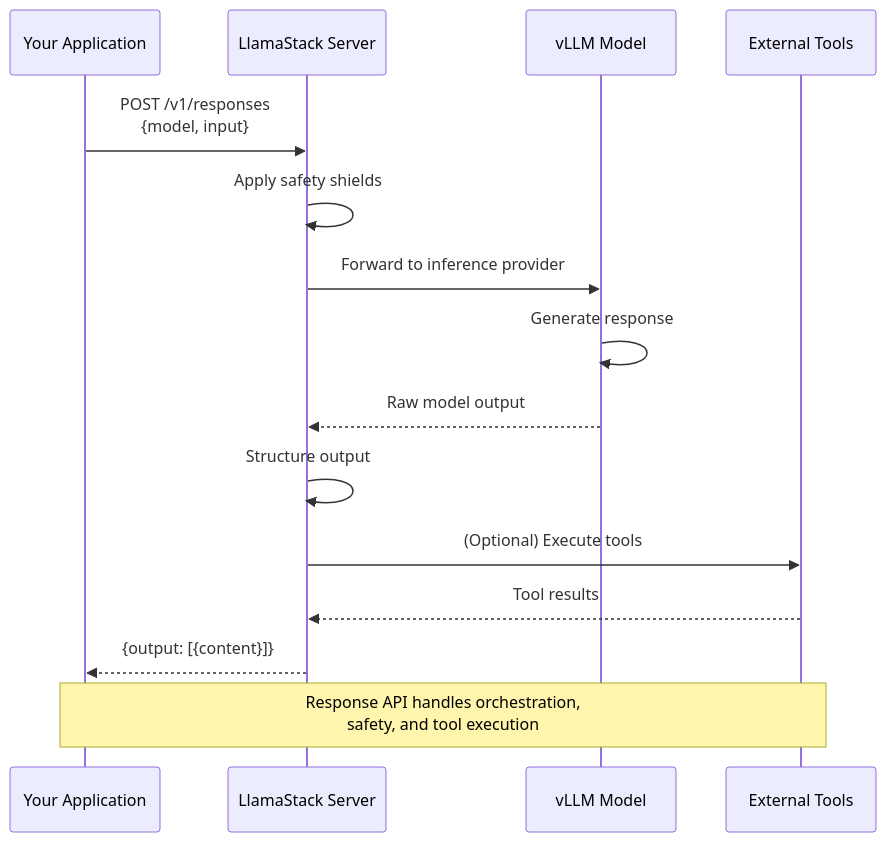
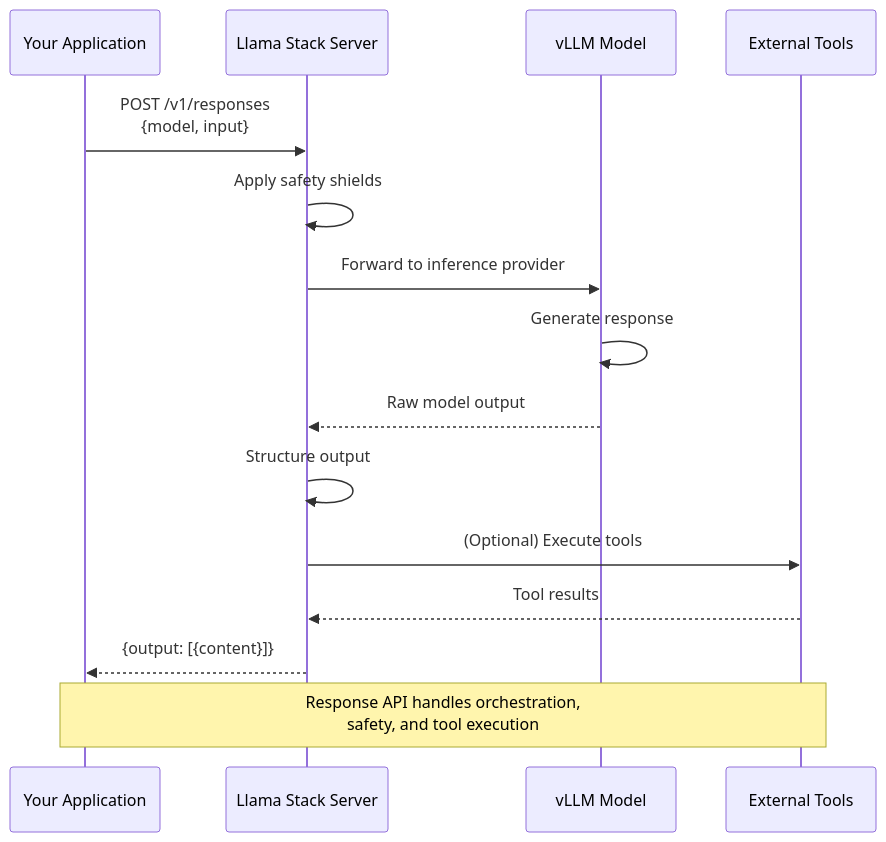
The diagram in content/modules/ROOT/pages/03-exploring-llamastack.adoc (rhpds/showroom-agentic-ai-llamastack), drawn with Mermaid before and after one commit. The commit also changed other lines of this file and 5 other files, not shown here.

Commit message:
correcting LlamaStack to Llama Stack

```diff
--- a/content/modules/ROOT/pages/03-exploring-llamastack.adoc
+++ b/content/modules/ROOT/pages/03-exploring-llamastack.adoc
@@ -280,20 +280,20 @@
 [mermaid,width=100%]
 ----
 sequenceDiagram
     participant App as Your Application
-    participant LS as LlamaStack Server
+    participant LS as Llama Stack Server
     participant Model as vLLM Model
     participant Tools as External Tools
 
     App->>LS: POST /v1/responses<br/>{model, input}
     LS->>LS: Apply safety shields
     LS->>Model: Forward to inference provider
     Model->>Model: Generate response
     Model-->>LS: Raw model output
     LS->>LS: Structure output
     LS->>Tools: (Optional) Execute tools
     Tools-->>LS: Tool results
     LS-->>App: {output: [{content}]}
 
     Note over App,Tools: Response API handles orchestration,<br/>safety, and tool execution
 ----
```
